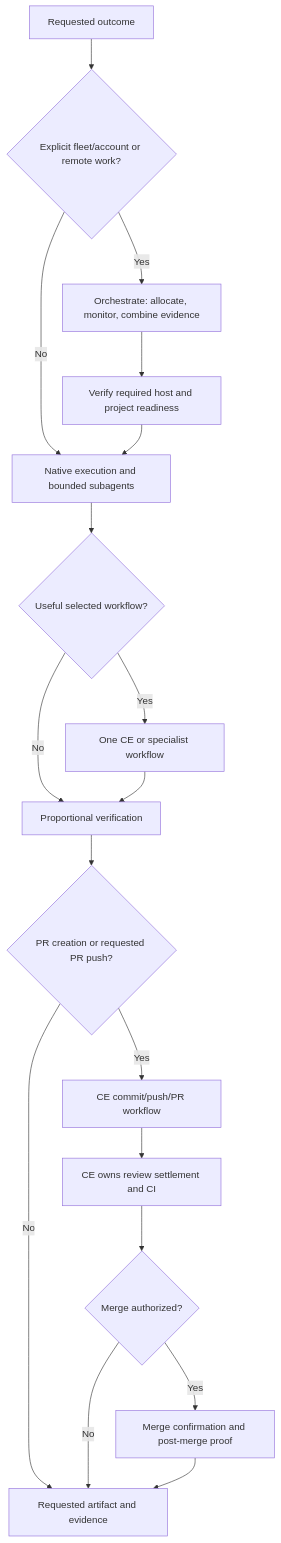
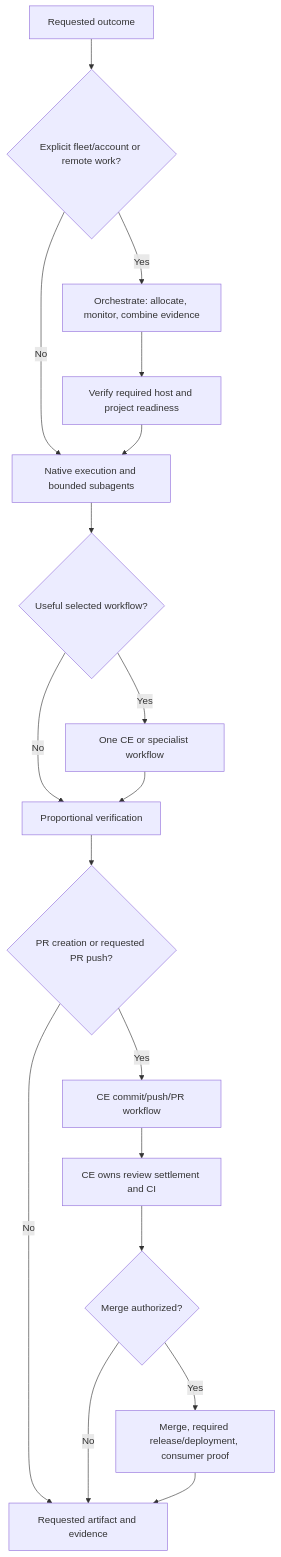
The diagram in docs/delivery-workflows.md (novotnyllc/railyard), drawn with Mermaid before and after one commit. The commit also changed other lines of this file and 17 other files, not shown here.

````diff
--- a/docs/delivery-workflows.md
+++ b/docs/delivery-workflows.md
@@ -26,20 +29,20 @@
 ```mermaid
 flowchart TD
     request["Requested outcome"] --> placement{"Explicit fleet/account or remote work?"}
     placement -- No --> local["Native execution and bounded subagents"]
     placement -- Yes --> orchestration["Orchestrate: allocate, monitor, combine evidence"]
     orchestration --> readiness["Verify required host and project readiness"]
     readiness --> local
     local --> workflow{"Useful selected workflow?"}
     workflow -- Yes --> ce["One CE or specialist workflow"]
     workflow -- No --> check["Proportional verification"]
     ce --> check
     check --> publish{"PR creation or requested PR push?"}
     publish -- Yes --> pr["CE commit/push/PR workflow"]
     publish -- No --> result["Requested artifact and evidence"]
     pr --> settlement["CE owns review settlement and CI"]
     settlement --> terminal{"Merge authorized?"}
     terminal -- No --> result
-    terminal -- Yes --> proof["Merge confirmation and post-merge proof"]
+    terminal -- Yes --> proof["Merge, required release/deployment, consumer proof"]
     proof --> result
 ```
````
